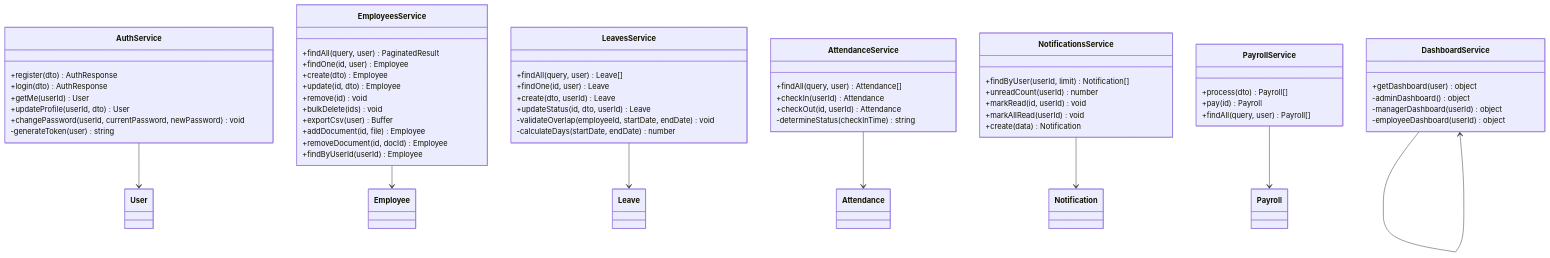
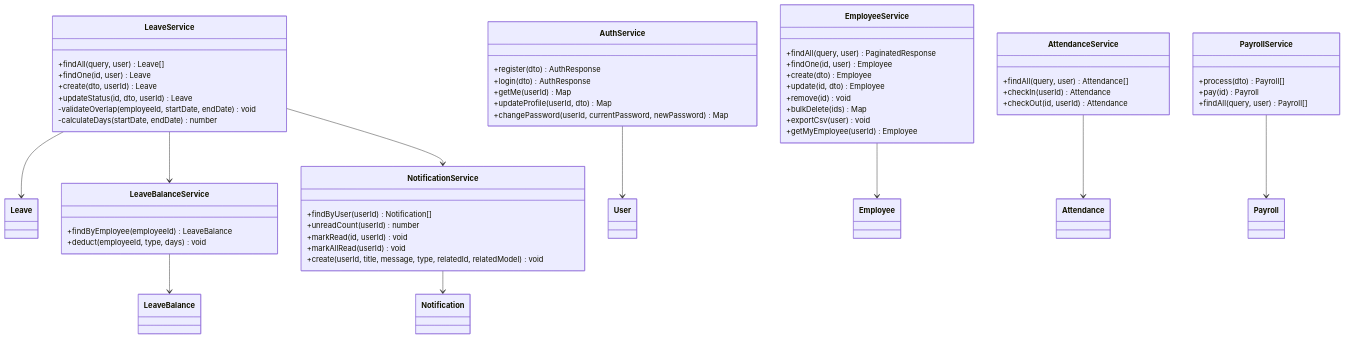
Before and after one commit to nghiaxh/hr-management: diagram 15 of 24 in docs/SDD.md, drawn with Mermaid. The commit also changed other lines of this file and 8 other files, not shown here.

````diff
--- a/docs/SDD.md
+++ b/docs/SDD.md
@@ -870,62 +840,58 @@
 ```mermaid
 classDiagram
     class AuthService {
         +register(dto) AuthResponse
         +login(dto) AuthResponse
-        +getMe(userId) User
-        +updateProfile(userId, dto) User
-        +changePassword(userId, currentPassword, newPassword) void
-        -generateToken(user) string
+        +getMe(userId) Map
+        +updateProfile(userId, dto) Map
+        +changePassword(userId, currentPassword, newPassword) Map
     }
-    class EmployeesService {
-        +findAll(query, user) PaginatedResult
+    class EmployeeService {
+        +findAll(query, user) PaginatedResponse
         +findOne(id, user) Employee
         +create(dto) Employee
         +update(id, dto) Employee
         +remove(id) void
-        +bulkDelete(ids) void
-        +exportCsv(user) Buffer
-        +addDocument(id, file) Employee
-        +removeDocument(id, docId) Employee
-        +findByUserId(userId) Employee
+        +bulkDelete(ids) Map
+        +exportCsv(user) void
+        +getMyEmployee(userId) Employee
     }
-    class LeavesService {
+    class LeaveService {
         +findAll(query, user) Leave[]
         +findOne(id, user) Leave
         +create(dto, userId) Leave
         +updateStatus(id, dto, userId) Leave
         -validateOverlap(employeeId, startDate, endDate) void
         -calculateDays(startDate, endDate) number
     }
     class AttendanceService {
         +findAll(query, user) Attendance[]
         +checkIn(userId) Attendance
         +checkOut(id, userId) Attendance
-        -determineStatus(checkInTime) string
     }
-    class DashboardService {
-        +getDashboard(user) object
-        -adminDashboard() object
-        -managerDashboard(userId) object
-        -employeeDashboard(userId) object
-    }
-    class NotificationsService {
-        +findByUser(userId, limit) Notification[]
+    class NotificationService {
+        +findByUser(userId) Notification[]
         +unreadCount(userId) number
         +markRead(id, userId) void
         +markAllRead(userId) void
-        +create(data) Notification
+        +create(userId, title, message, type, relatedId, relatedModel) void
+    }
+    class LeaveBalanceService {
+        +findByEmployee(employeeId) LeaveBalance
+        +deduct(employeeId, type, days) void
     }
     class PayrollService {
         +process(dto) Payroll[]
         +pay(id) Payroll
         +findAll(query, user) Payroll[]
     }
     AuthService --> User
-    EmployeesService --> Employee
-    LeavesService --> Leave
+    EmployeeService --> Employee
+    LeaveService --> Leave
     AttendanceService --> Attendance
-    DashboardService --> DashboardService
-    NotificationsService --> Notification
+    NotificationService --> Notification
+    LeaveBalanceService --> LeaveBalance
     PayrollService --> Payroll
+    LeaveService --> LeaveBalanceService
+    LeaveService --> NotificationService
 ```
````
